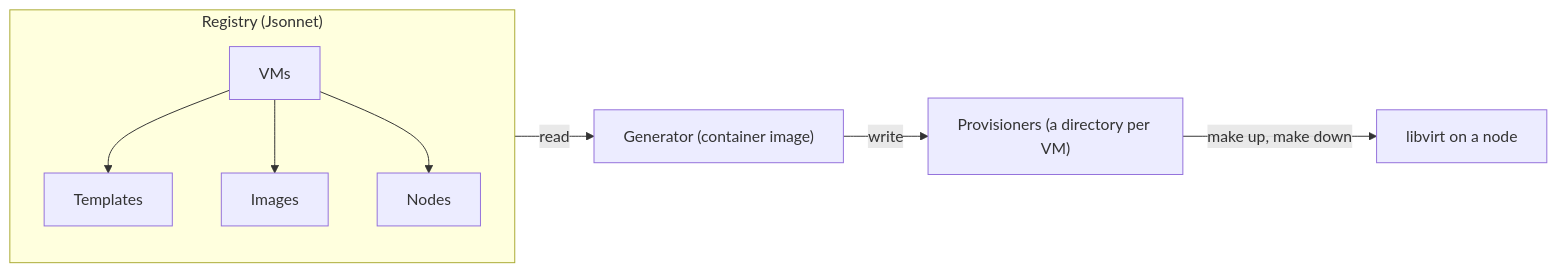
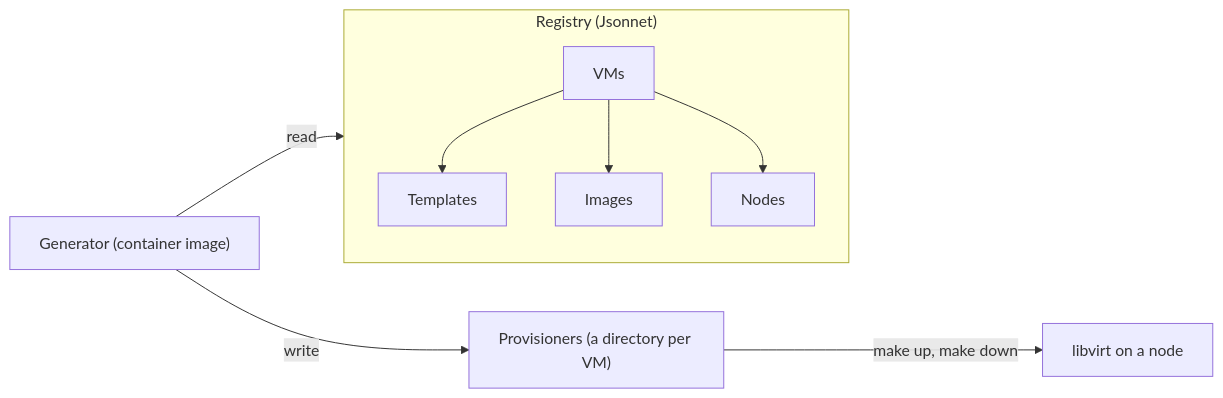
Before and after one commit to t13a/virtgen: the diagram in README.md, drawn with Mermaid.

Commit message:
Point the arrow of the diagram from the generator to the registry it reads

````diff
--- a/README.md
+++ b/README.md
@@ -23,18 +23,18 @@
 ```mermaid
 graph LR
   subgraph registry ["Registry (Jsonnet)"]
     vm["VMs"]
     template["Templates"]
     image["Images"]
     node["Nodes"]
     vm --> template
     vm --> image
     vm --> node
   end
   generator["Generator (container image)"]
   provisioner["Provisioners (a directory per VM)"]
   libvirt["libvirt on a node"]
-  registry -- read --> generator
+  generator -- read --> registry
   generator -- write --> provisioner
   provisioner -- "make up, make down" --> libvirt
 ```
````
